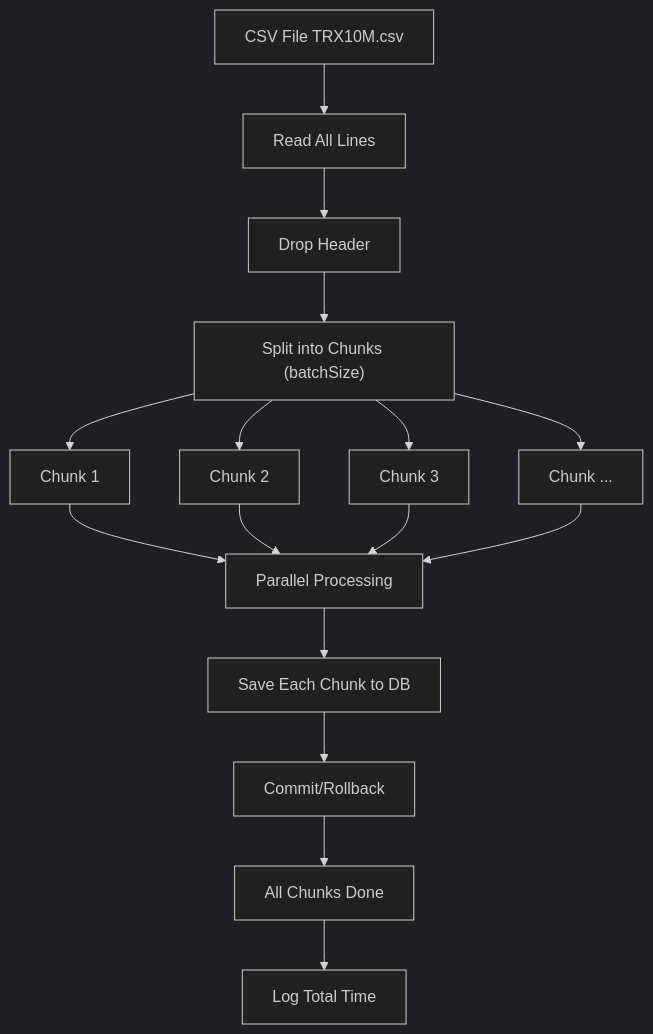
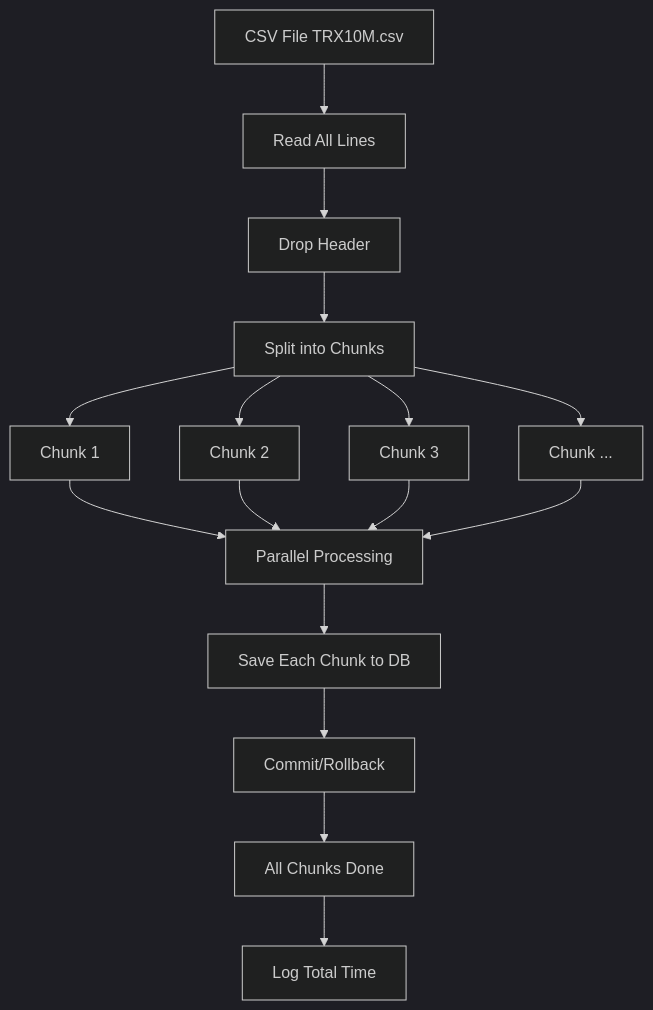
One commit to shahdhamdi/scala-parallel-rule-engine changed the diagram in README.md. Above: the diagram before and after it, drawn with Mermaid (dark theme).

Commit message:
Update flowchart in README

````diff
--- a/README.md
+++ b/README.md
@@ -98,21 +98,21 @@
 ```mermaid
 flowchart TD
     A[CSV File TRX10M.csv] --> B[Read All Lines]
     B --> C[Drop Header]
-    C --> D["Split into Chunks (batchSize)"]
+    C --> D["Split into Chunks"]
     
     D --> E[Chunk 1]
     D --> F[Chunk 2]
     D --> G[Chunk 3]
     D --> H[Chunk ...]
     
     E --> I[Parallel Processing]
     F --> I
     G --> I
     H --> I
     
     I --> J[Save Each Chunk to DB]
     J --> K[Commit/Rollback]
     K --> L[All Chunks Done]
     L --> M[Log Total Time]
 ```
````
